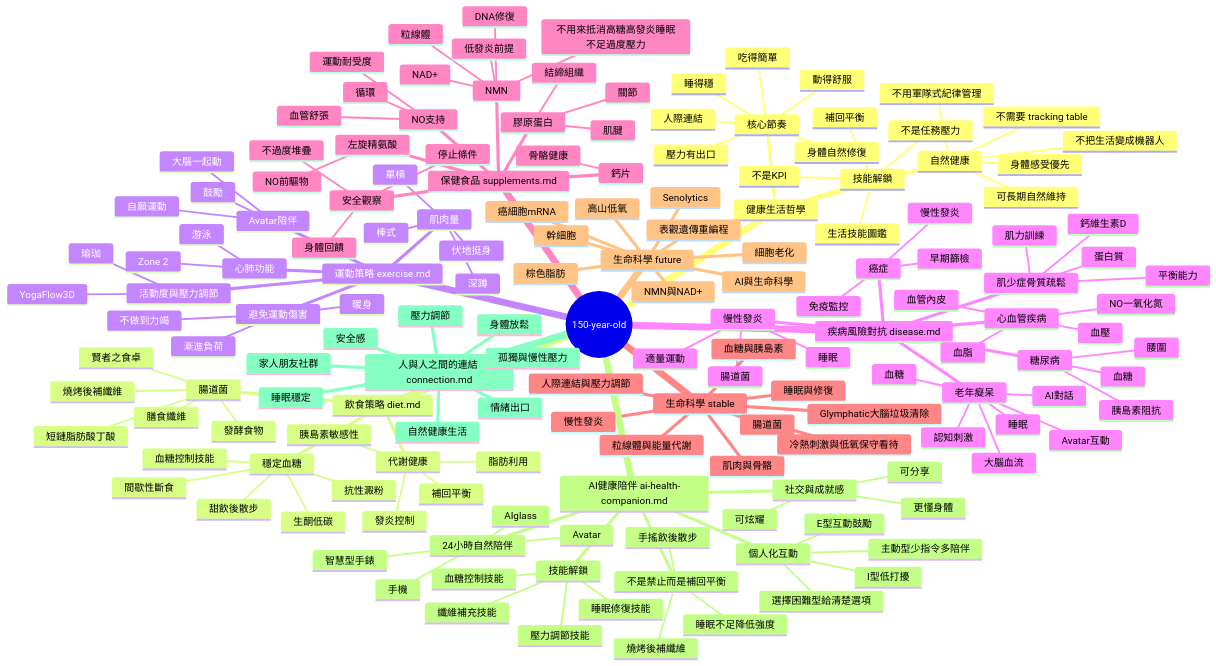
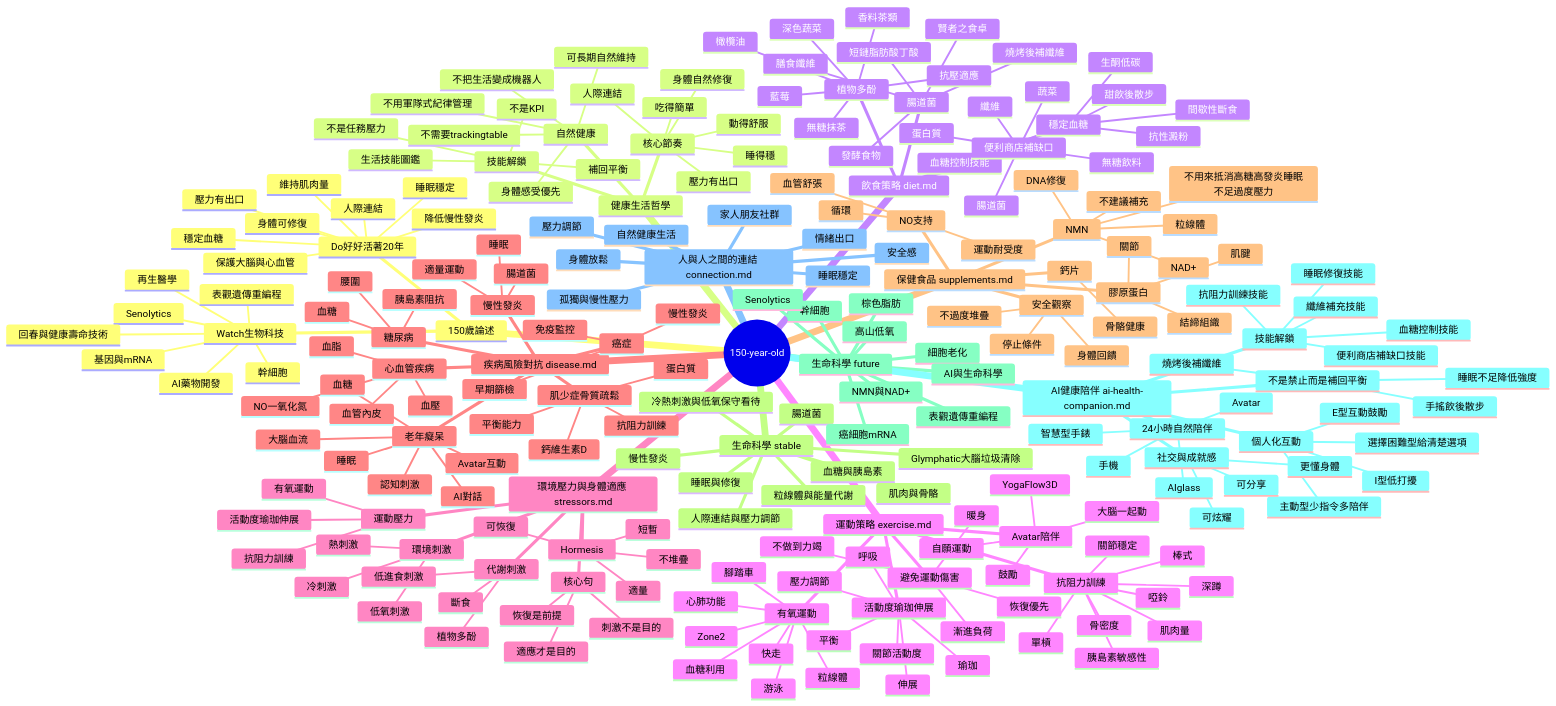
One commit to WangChengYeh/150-year-old changed the first of 3 diagrams in mindmap.md. Above: the diagram before and after it, drawn with Mermaid. The commit also changed other lines of this file, not shown here.

Commit message:
Align mindmap with exercise taxonomy and stressors model

````diff
--- a/mindmap.md
+++ b/mindmap.md
@@ -9,9 +9,27 @@
 ```mermaid
 mindmap
   root((150-year-old))
+    150歲論述
+      Do好好活著20年
+        穩定血糖
+        降低慢性發炎
+        維持肌肉量
+        保護大腦與心血管
+        睡眠穩定
+        壓力有出口
+        人際連結
+        身體可修復
+      Watch生物科技
+        AI藥物開發
+        再生醫學
+        幹細胞
+        Senolytics
+        表觀遺傳重編程
+        基因與mRNA
+        回春與健康壽命技術
     健康生活哲學
       自然健康
-        不需要 tracking table
+        不需要trackingtable
         不把生活變成機器人
         不用軍隊式紀律管理
         身體感受優先
@@ -35,37 +53,82 @@
         抗性澱粉
         甜飲後散步
         血糖控制技能
+      便利商店補缺口
+        蛋白質
+        蔬菜
+        纖維
+        無糖飲料
+        腸道菌
       腸道菌
         發酵食物
         賢者之食卓
         膳食纖維
         燒烤後補纖維
         短鏈脂肪酸丁酸
-      代謝健康
+      植物多酚
+        無糖抹茶
+        藍莓
+        橄欖油
+        深色蔬菜
+        香料茶類
+        抗壓適應
+    運動策略 exercise.md
+      有氧運動
+        快走
+        游泳
+        Zone2
+        腳踏車
+        心肺功能
+        粒線體
+        血糖利用
+      抗阻力訓練
+        單槓
+        啞鈴
+        深蹲
+        棒式
+        肌肉量
+        骨密度
+        關節穩定
         胰島素敏感性
-        脂肪利用
-        發炎控制
-        補回平衡
-    運動策略 exercise.md
-      心肺功能
-        游泳
-        Zone 2
-      肌肉量
-        深蹲
-        單槓
-        伏地挺身
-        棒式
-      活動度與壓力調節
+      活動度瑜珈伸展
         瑜珈
-        YogaFlow3D
+        伸展
+        關節活動度
+        平衡
+        呼吸
+        壓力調節
       避免運動傷害
         暖身
         漸進負荷
         不做到力竭
+        恢復優先
       Avatar陪伴
         鼓勵
         自願運動
         大腦一起動
+        YogaFlow3D
+    環境壓力與身體適應 stressors.md
+      Hormesis
+        短暫
+        適量
+        可恢復
+        不堆疊
+      運動壓力
+        有氧運動
+        抗阻力訓練
+        活動度瑜珈伸展
+      環境刺激
+        冷刺激
+        熱刺激
+        低氧刺激
+      代謝刺激
+        斷食
+        低進食刺激
+        植物多酚
+      核心句
+        刺激不是目的
+        適應才是目的
+        恢復是前提
     疾病風險對抗 disease.md
       糖尿病
         血糖
@@ -88,7 +151,7 @@
         NO一氧化氮
         血管內皮
       肌少症骨質疏鬆
-        肌力訓練
+        抗阻力訓練
         蛋白質
         鈣維生素D
         平衡能力
@@ -105,8 +168,6 @@
         血管舒張
         循環
         運動耐受度
-      左旋精氨酸
-        NO前驅物
       鈣片
         骨骼健康
       膠原蛋白
@@ -117,7 +178,7 @@
         NAD+
         DNA修復
         粒線體
-        低發炎前提
+        不建議補充
         不用來抵消高糖高發炎睡眠不足過度壓力
     生命科學 stable
       睡眠與修復
@@ -157,8 +218,9 @@
       技能解鎖
         血糖控制技能
         纖維補充技能
+        便利商店補缺口技能
         睡眠修復技能
-        壓力調節技能
+        抗阻力訓練技能
       社交與成就感
         可分享
         可炫耀
````
